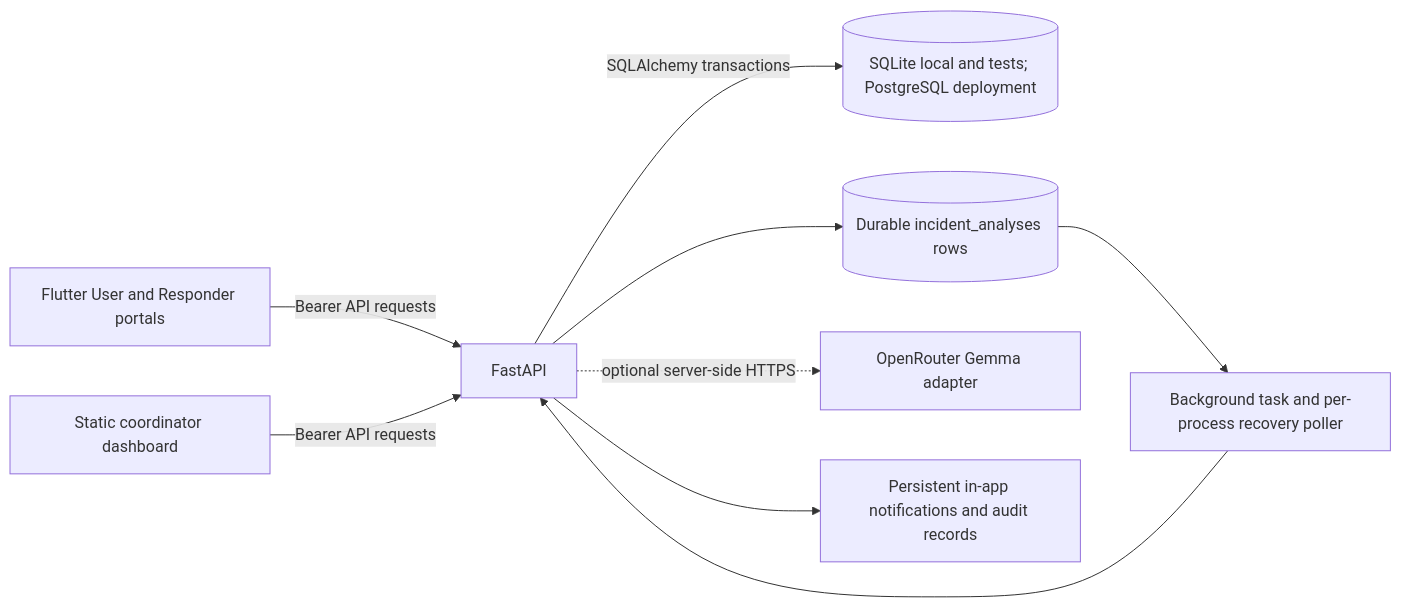
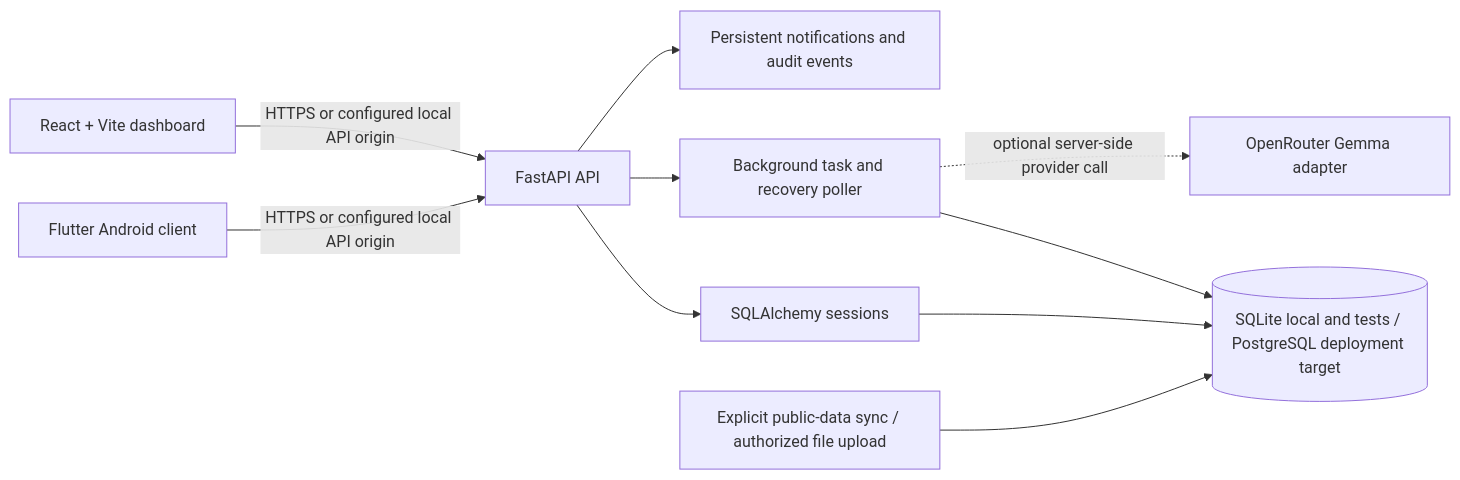
One commit to QaziZaid16/emergency_coordination_system changed the first of 5 diagrams in README.md. Above: the diagram before and after it, drawn with Mermaid. The commit also changed other lines of this file and 15 other files, not shown here.

Commit message:
docs: refresh project architecture and deployment guidance

````diff
--- a/README.md
+++ b/README.md
@@ -80,11 +77,12 @@
-~~~mermaid
+```mermaid
 flowchart LR
-  F[Flutter User and Responder portals] -->|Bearer API requests| A[FastAPI]
-  W[Static coordinator dashboard] -->|Bearer API requests| A
-  A -->|SQLAlchemy transactions| D[(SQLite local and tests; PostgreSQL deployment)]
-  A --> Q[(Durable incident_analyses rows)]
-  Q --> B[Background task and per-process recovery poller]
-  B --> A
-  A -. optional server-side HTTPS .-> O[OpenRouter Gemma adapter]
-  A --> N[Persistent in-app notifications and audit records]
-~~~
+  M[Flutter Android client] -->|HTTPS or configured local API origin| API[FastAPI API]
+  W[React + Vite dashboard] -->|HTTPS or configured local API origin| API
+  API --> ORM[SQLAlchemy sessions]
+  ORM --> DB[(SQLite local and tests / PostgreSQL deployment target)]
+  API --> JOB[Background task and recovery poller]
+  JOB --> DB
+  JOB -. optional server-side provider call .-> AI[OpenRouter Gemma adapter]
+  API --> N[Persistent notifications and audit events]
+  HIST[Explicit public-data sync / authorized file upload] --> DB
+```
````
